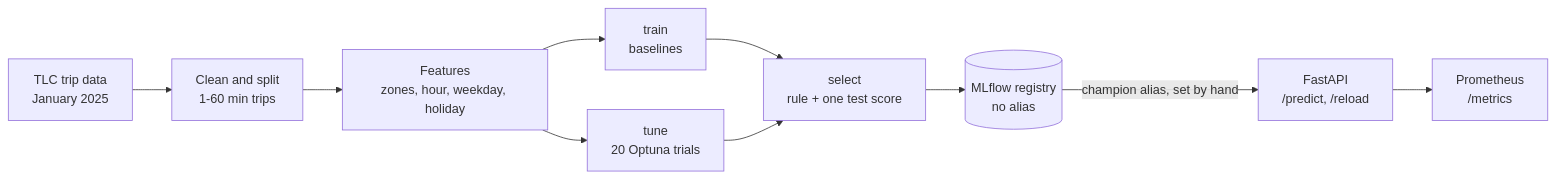
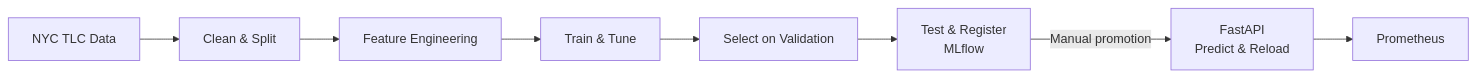
The diagram in README.md (HassanHijaze/mle-model-deployment-project), drawn with Mermaid before and after one commit. The commit also changed other lines of this file and 1 other file, not shown here.

Commit message:
update README and run_load_test.py

````diff
--- a/README.md
+++ b/README.md
@@ -35,10 +32,10 @@
 ```mermaid
 flowchart LR
-    A[TLC trip data<br/>January 2025] --> B[Clean and split<br/>1-60 min trips]
-    B --> C[Features<br/>zones, hour, weekday, holiday]
-    C --> D[train<br/>baselines] --> F[select<br/>rule + one test score]
-    C --> E[tune<br/>20 Optuna trials] --> F
-    F --> G[(MLflow registry<br/>no alias)]
-    G -->|champion alias, set by hand| H[FastAPI<br/>/predict, /reload]
-    H --> I[Prometheus<br/>/metrics]
+    A["NYC TLC Data"] --> B["Clean & Split"]
+    B --> C["Feature Engineering"]
+    C --> D["Train & Tune"]
+    D --> E["Select on Validation"]
+    E --> F["Test & Register<br/>MLflow"]
+    F -->|"Manual promotion"| G["FastAPI<br/>Predict & Reload"]
+    G --> H["Prometheus"]
 ```
````
